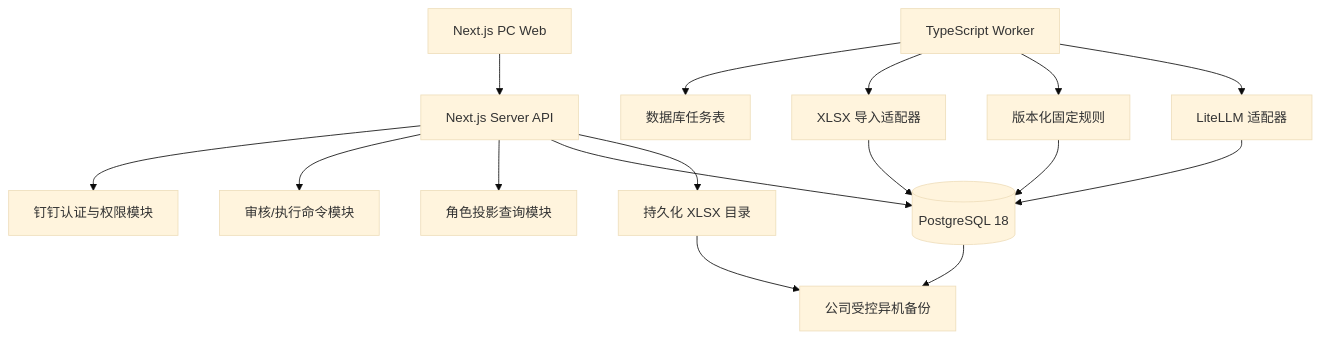
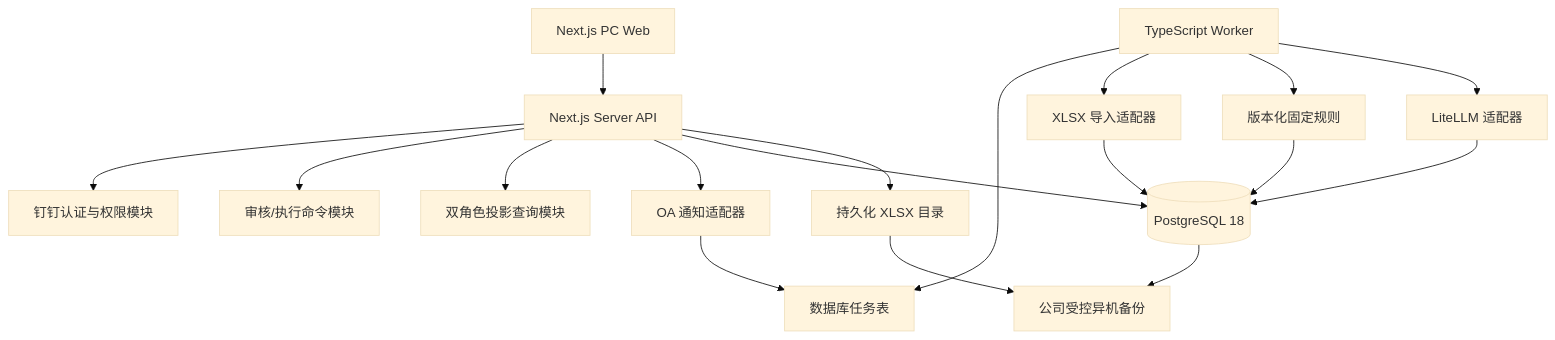
One commit to johnsonsmilequran/profit-decision-engine changed the first of 2 diagrams in 趣然AI商品经营利润决策助手/output/技术方案.md. Above: the diagram before and after it, drawn with Mermaid (base theme). The commit also changed other lines of this file and 31 other files, not shown here.

````diff
--- a/趣然AI商品经营利润决策助手/output/技术方案.md
+++ b/趣然AI商品经营利润决策助手/output/技术方案.md
@@ -85,18 +86,20 @@
 ```mermaid
 flowchart TB
     WEB["Next.js PC Web"] --> API["Next.js Server API"]
     API --> AUTH["钉钉认证与权限模块"]
     API --> CMD["审核/执行命令模块"]
-    API --> QUERY["角色投影查询模块"]
+    API --> QUERY["双角色投影查询模块"]
+    API --> OA["OA 通知适配器"]
     API --> DB[("PostgreSQL 18")]
     API --> FILE["持久化 XLSX 目录"]
     WORKER["TypeScript Worker"] --> JOB["数据库任务表"]
     WORKER --> IMPORT["XLSX 导入适配器"]
     WORKER --> RULE["版本化固定规则"]
     WORKER --> LLM["LiteLLM 适配器"]
     IMPORT --> DB
     RULE --> DB
     LLM --> DB
+    OA --> JOB
     DB --> BACKUP["公司受控异机备份"]
     FILE --> BACKUP
 ```
````
